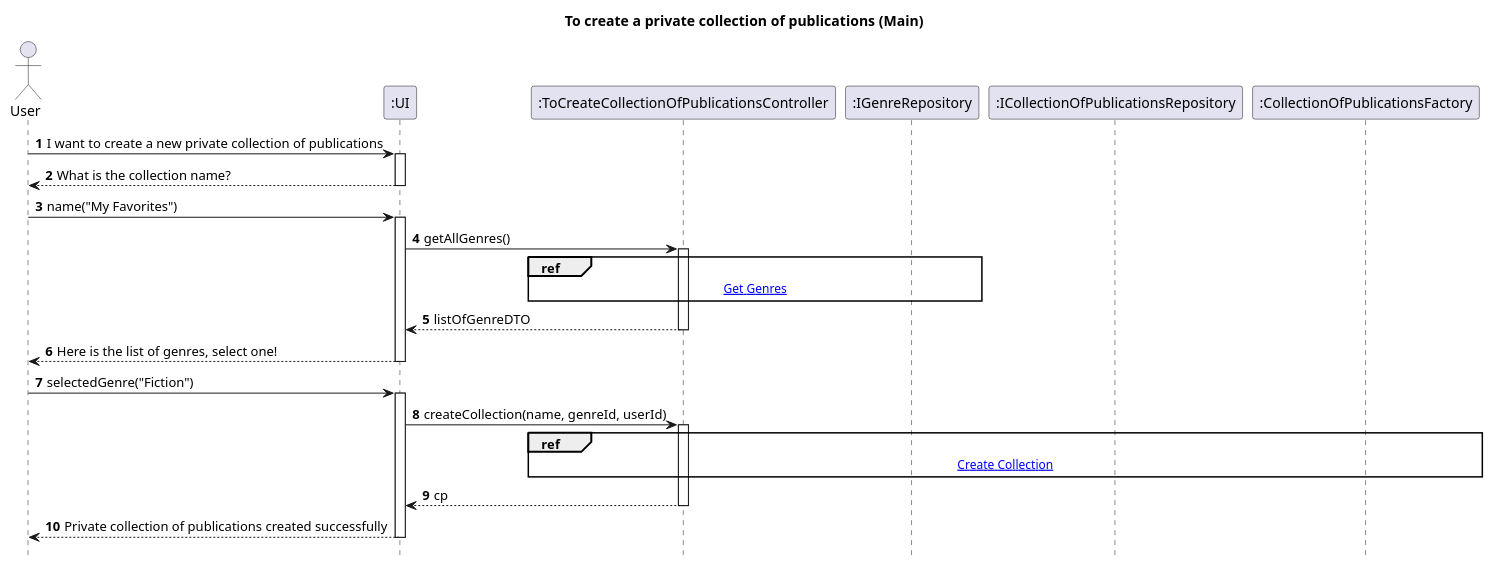
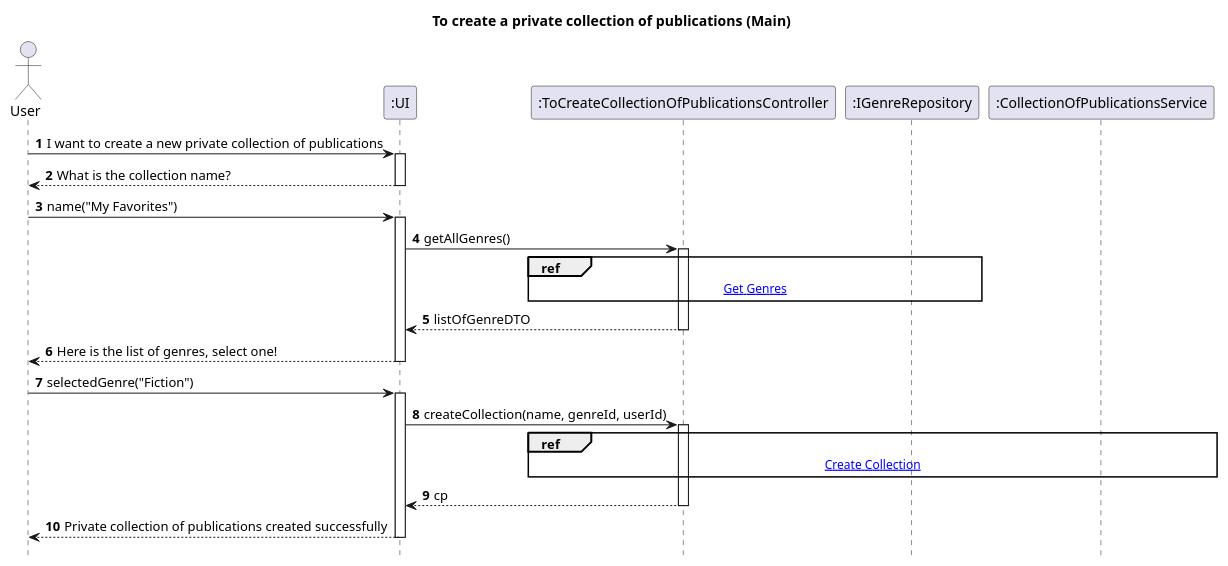
One commit to AndrePereiraGitH/SWitCH-Project-Team_A changed the diagram in Diagrams/SequenceDiagrams/N2/To-create-private-publication-list/1.MainDiagram.puml. Above: the diagram before and after it, drawn with PlantUML. The commit also changed 3 other files, not shown here.

Commit message:
fix: update US017 diagrams to reflect service layer and correct JPA DM instantiation [#760]

```diff
--- a/Diagrams/SequenceDiagrams/N2/To-create-private-publication-list/1.MainDiagram.puml
+++ b/Diagrams/SequenceDiagrams/N2/To-create-private-publication-list/1.MainDiagram.puml
@@ -1,57 +1,56 @@
 @startuml
 hide footbox
 autonumber
 title To create a private collection of publications (Main)
 
 actor "User" as User
 participant ":UI" as UI
 participant ":ToCreateCollectionOfPublicationsController" as Controller
 participant ":IGenreRepository" as GenreRepo
-participant ":ICollectionOfPublicationsRepository" as CollectionRepo
-participant ":CollectionOfPublicationsFactory" as Factory
+participant ":CollectionOfPublicationsService" as Service
 
 ' --- Start ---
 User -> UI : I want to create a new private collection of publications
 activate UI
 UI --> User : What is the collection name?
 deactivate UI
 
 User -> UI : name("My Favorites")
 activate UI
 
 ' =========================
 ' Get Genres (reference)
 ' =========================
 UI -> Controller : getAllGenres()
 activate Controller
 
 ref over Controller, GenreRepo
 [[2.GetGenres.puml Get Genres]]
 end ref
 
 Controller --> UI : listOfGenreDTO
 deactivate Controller
 
 UI --> User : Here is the list of genres, select one!
 deactivate UI
 
 ' =========================
 ' Create Private Collection (reference)
 ' =========================
 User -> UI : selectedGenre("Fiction")
 activate UI
 
 UI -> Controller : createCollection(name, genreId, userId)
 activate Controller
 
-ref over Controller, CollectionRepo, Factory
+ref over Controller, Service
 [[3.CreateCollection.puml Create Collection]]
 end ref
 
 Controller --> UI : cp
 deactivate Controller
 
 UI --> User : Private collection of publications created successfully
 deactivate UI
 
 @enduml
```
